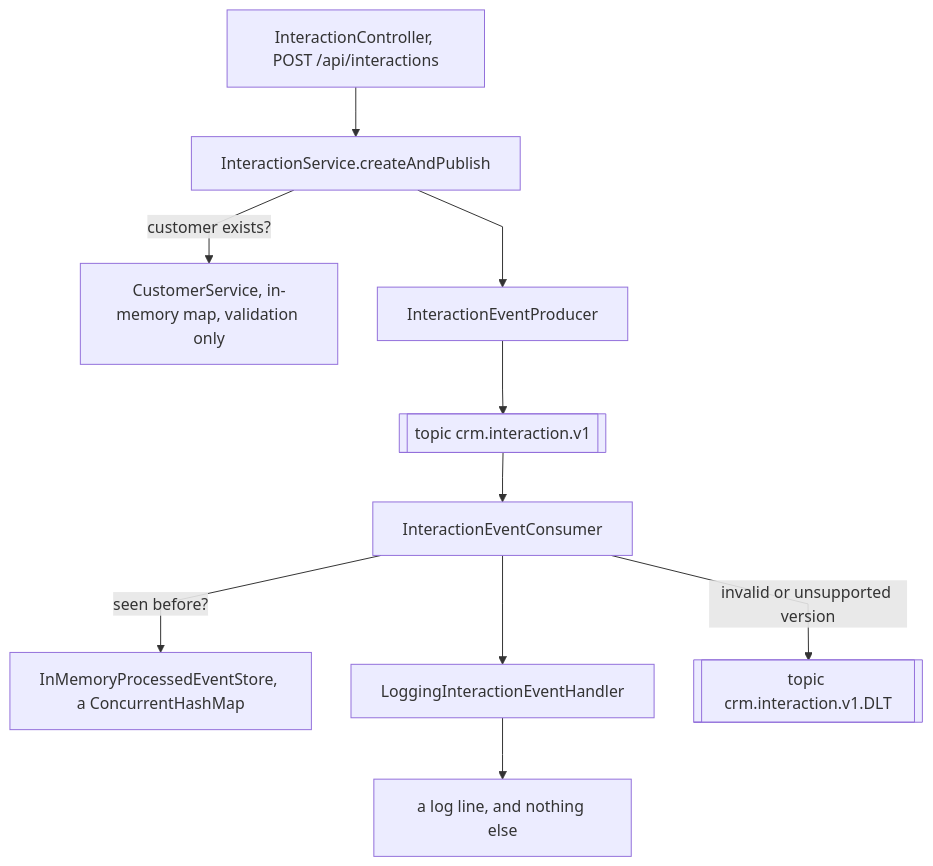
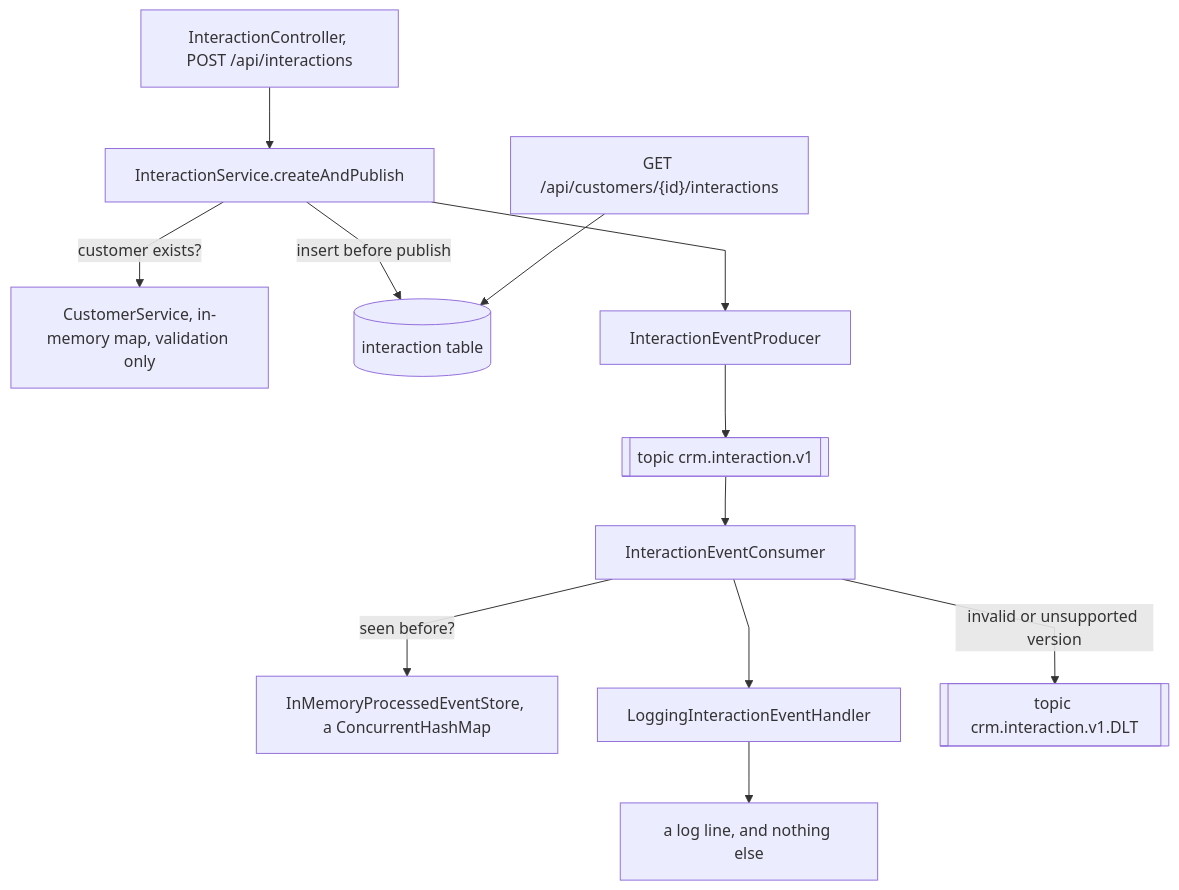
The fourth of 6 diagrams in docs/architecture.md (pupilliluke/java-bootcamp-capstone), drawn with Mermaid before and after one commit. The commit also changed other lines of this file and 17 other files, not shown here.

Commit message:
Added interaction read-back and E2E CI job

````diff
--- a/docs/architecture.md
+++ b/docs/architecture.md
@@ -128,24 +127,28 @@
 ```mermaid
 %%{init: {"flowchart": {"curve": "linear", "rankSpacing": 50, "nodeSpacing": 40}}}%%
 flowchart TB
   Ctrl["InteractionController, POST /api/interactions"]
+  Read["GET /api/customers/{id}/interactions"]
   Svc["InteractionService.createAndPublish"]
   Cust["CustomerService, in-memory map, validation only"]
+  IntT[("interaction table")]
   Prod["InteractionEventProducer"]
   Topic[["topic crm.interaction.v1"]]
   Cons["InteractionEventConsumer"]
   Seen["InMemoryProcessedEventStore, a ConcurrentHashMap"]
   Handler["LoggingInteractionEventHandler"]
   Out["a log line, and nothing else"]
   DLT[["topic crm.interaction.v1.DLT"]]
 
   Ctrl --> Svc
   Svc -- "customer exists?" --> Cust
+  Svc -- "insert before publish" --> IntT
+  Read --> IntT
   Svc --> Prod
   Prod --> Topic
   Topic --> Cons
   Cons -- "seen before?" --> Seen
   Cons --> Handler
   Handler --> Out
   Cons -- "invalid or unsupported version" --> DLT
 ```
````
